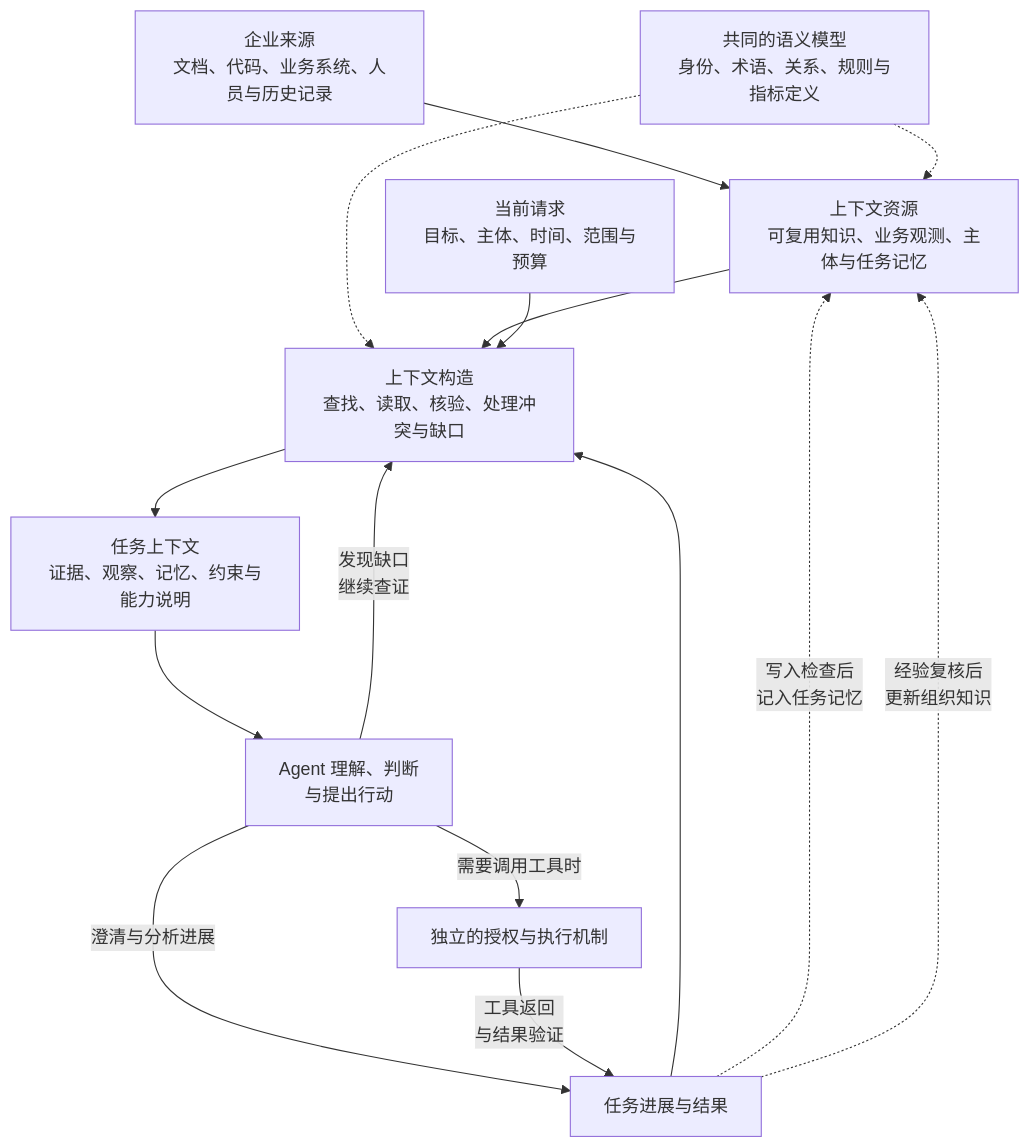
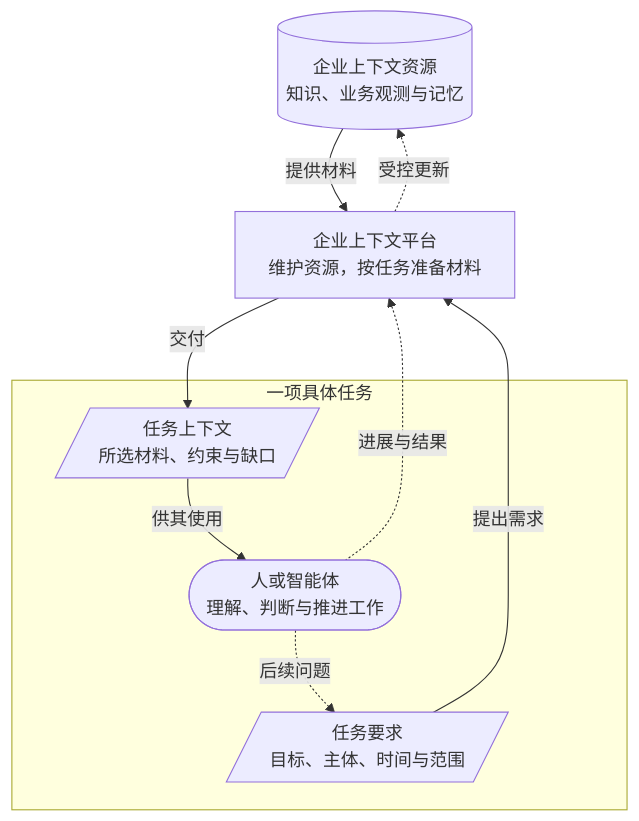
One commit to LENSHOOD/enterprise-context-book changed the diagram in book/part-1/chapter-01.md. Above: the diagram before and after it, drawn with Mermaid. The commit also changed other lines of this file and 8 other files, not shown here.

Commit message:
docs: clarify resource platform and task architecture for readers

````diff
--- a/book/part-1/chapter-01.md
+++ b/book/part-1/chapter-01.md
@@ -54,17 +52,17 @@
 ```mermaid
 flowchart TB
-  S["企业来源<br/>文档、代码、业务系统、人员与历史记录"] --> R["上下文资源<br/>可复用知识、业务观测、主体与任务记忆"]
-  M["共同的语义模型<br/>身份、术语、关系、规则与指标定义"] -.-> R
-  M -.-> C["上下文构造<br/>查找、读取、核验、处理冲突与缺口"]
-  R --> C
-  Q["当前请求<br/>目标、主体、时间、范围与预算"] --> C
-  C --> P["任务上下文<br/>证据、观察、记忆、约束与能力说明"]
-  P --> A["Agent 理解、判断<br/>与提出行动"]
-  A -->|"发现缺口<br/>继续查证"| C
-  A -- 需要调用工具时 --> X["独立的授权与执行机制"]
-  A -- 澄清与分析进展 --> F["任务进展与结果"]
-  X -->|"工具返回<br/>与结果验证"| F
-  F --> C
-  F -.->|"写入检查后<br/>记入任务记忆"| R
-  F -.->|"经验复核后<br/>更新组织知识"| R
+  R[("企业上下文资源<br/>知识、业务观测与记忆")]
+  P["企业上下文平台<br/>维护资源，按任务准备材料"]
+  subgraph T["一项具体任务"]
+    Q[/"任务要求<br/>目标、主体、时间与范围"/]
+    C[/"任务上下文<br/>所选材料、约束与缺口"/]
+    A(["人或智能体<br/>理解、判断与推进工作"])
+    C -->|供其使用| A
+    A -.后续问题.-> Q
+  end
+  R -->|提供材料| P
+  Q -->|提出需求| P
+  P -->|交付| C
+  A -.进展与结果.-> P
+  P -.受控更新.-> R
 ```
````
